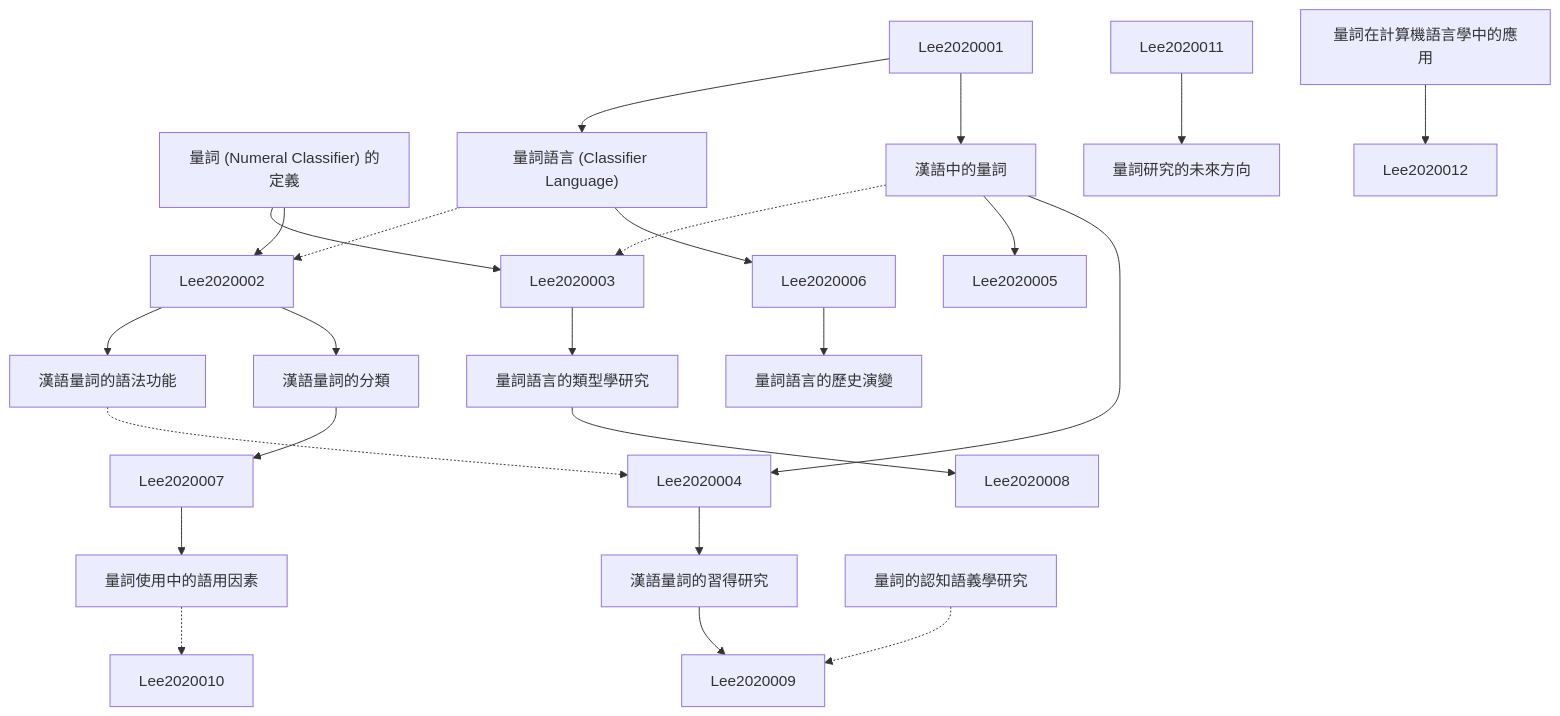
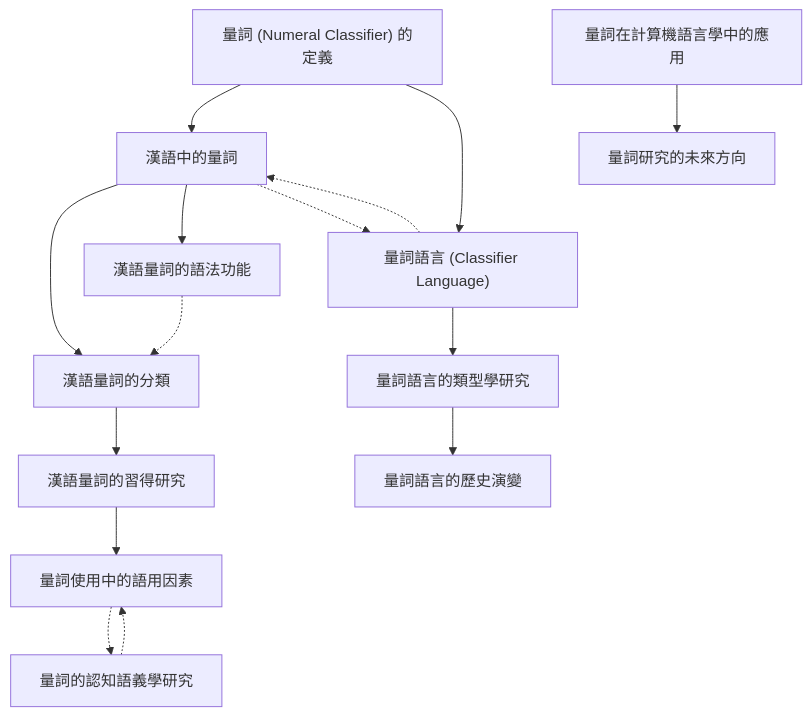
The diagram in output/zettelkasten_notes/zettel_Lee-2020_20251104/zettel_index.md (SCgeeker/Claude_Journal_Club_Agents), drawn with Mermaid before and after one commit. The commit also changed 776 other files, not shown here.

````diff
--- a/output/zettelkasten_notes/zettel_Lee-2020_20251104/zettel_index.md
+++ b/output/zettelkasten_notes/zettel_Lee-2020_20251104/zettel_index.md
@@ -92,74 +92,63 @@
 ```mermaid
 graph TD
 
     Lee-2020-001["量詞 (Numeral Classifier) 的定義"]
 
     Lee-2020-002["漢語中的量詞"]
 
     Lee-2020-003["量詞語言 (Classifier Language)"]
 
     Lee-2020-004["漢語量詞的分類"]
 
     Lee-2020-005["漢語量詞的語法功能"]
 
     Lee-2020-006["量詞語言的類型學研究"]
 
     Lee-2020-007["漢語量詞的習得研究"]
 
     Lee-2020-008["量詞語言的歷史演變"]
 
     Lee-2020-009["量詞使用中的語用因素"]
 
     Lee-2020-010["量詞的認知語義學研究"]
 
     Lee-2020-011["量詞在計算機語言學中的應用"]
 
     Lee-2020-012["量詞研究的未來方向"]
 
-    Lee-2020-001 --> Lee2020002
+    Lee-2020-001 --> Lee-2020-002
 
-    Lee-2020-001 --> Lee2020003
+    Lee-2020-001 --> Lee-2020-003
 
-    Lee2020001 --> Lee-2020-002
 
-    Lee-2020-002 --> Lee2020004
+    Lee-2020-002 --> Lee-2020-004
 
-    Lee-2020-002 --> Lee2020005
+    Lee-2020-002 --> Lee-2020-005
 
-    Lee-2020-002 -.-> Lee2020003
+    Lee-2020-002 -.-> Lee-2020-003
 
-    Lee2020001 --> Lee-2020-003
 
-    Lee-2020-003 --> Lee2020006
+    Lee-2020-003 --> Lee-2020-006
 
-    Lee-2020-003 -.-> Lee2020002
+    Lee-2020-003 -.-> Lee-2020-002
 
-    Lee2020002 --> Lee-2020-004
 
-    Lee-2020-004 --> Lee2020007
+    Lee-2020-004 --> Lee-2020-007
 
-    Lee2020002 --> Lee-2020-005
 
-    Lee-2020-005 -.-> Lee2020004
+    Lee-2020-005 -.-> Lee-2020-004
 
-    Lee2020003 --> Lee-2020-006
 
-    Lee-2020-006 --> Lee2020008
+    Lee-2020-006 --> Lee-2020-008
 
-    Lee2020004 --> Lee-2020-007
 
-    Lee-2020-007 --> Lee2020009
+    Lee-2020-007 --> Lee-2020-009
 
-    Lee2020006 --> Lee-2020-008
+    Lee-2020-009 -.-> Lee-2020-010
 
-    Lee2020007 --> Lee-2020-009
+    Lee-2020-010 -.-> Lee-2020-009
 
-    Lee-2020-009 -.-> Lee2020010
+    Lee-2020-011 --> Lee-2020-012
 
-    Lee-2020-010 -.-> Lee2020009
-
-    Lee-2020-011 --> Lee2020012
-
-    Lee2020011 --> Lee-2020-012
 
 ```
````
